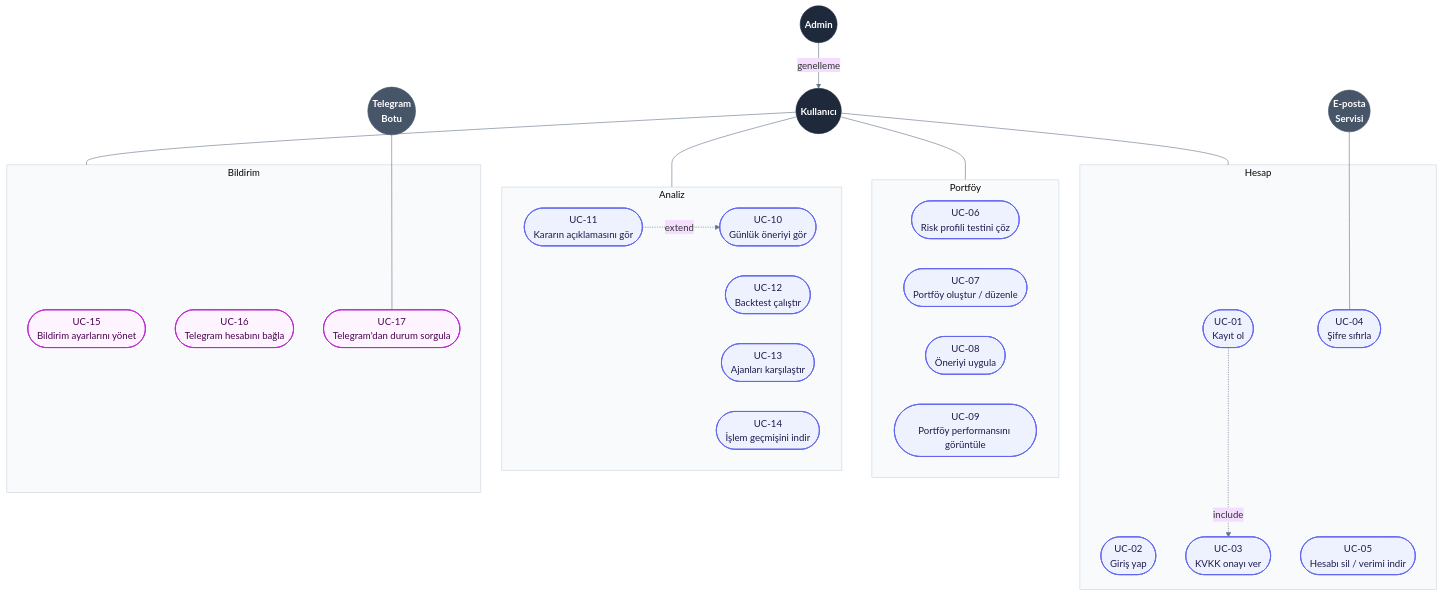
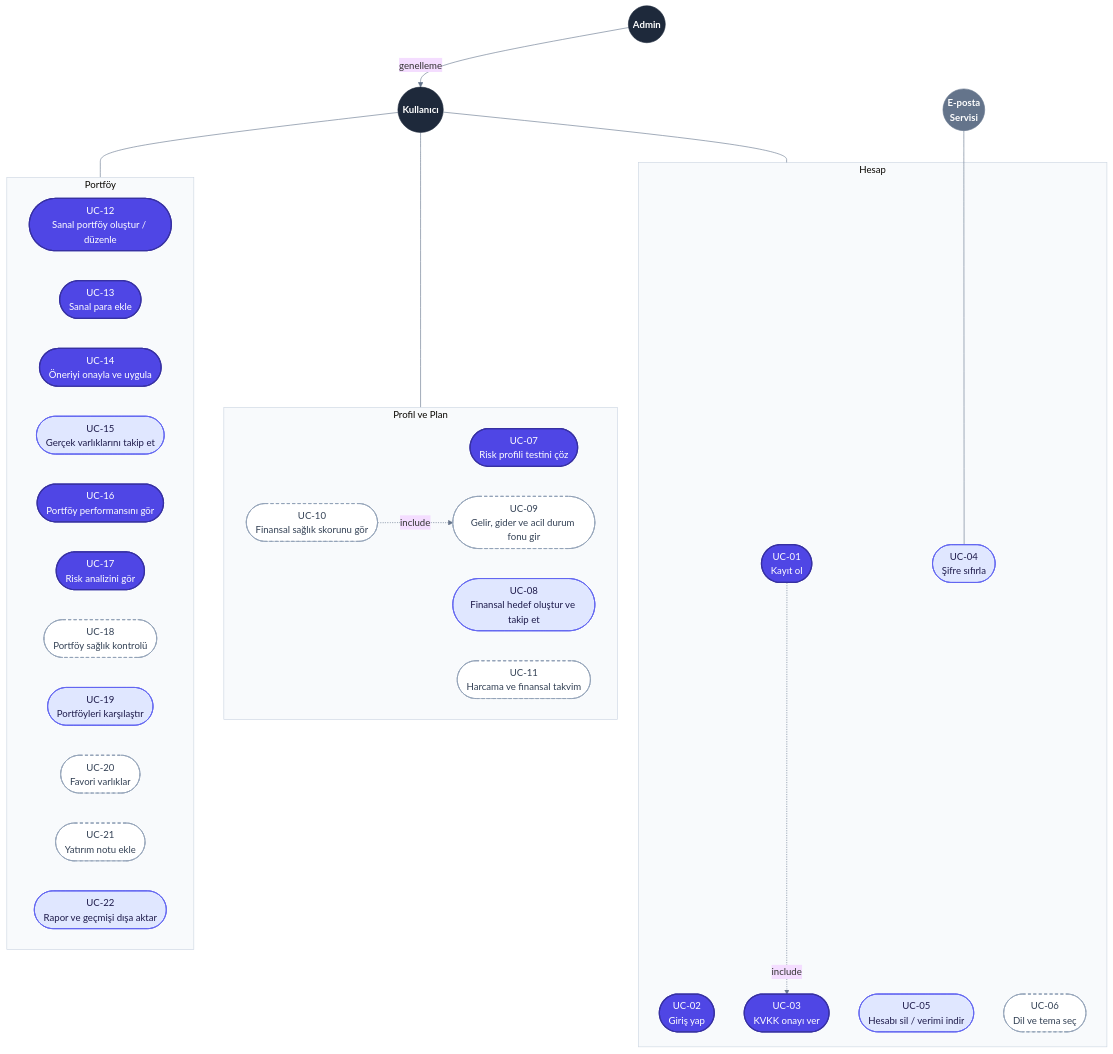
One commit to isambais/portfoyai changed the first of 3 diagrams in docs/diagrams/use_case.md. Above: the diagram before and after it, drawn with Mermaid. The commit also changed other lines of this file, not shown here.

````diff
--- a/docs/diagrams/use_case.md
+++ b/docs/diagrams/use_case.md
@@ -12,65 +18,63 @@
 ```mermaid
 %%{init: {'theme':'base', 'themeVariables': {'fontFamily':'Arial', 'lineColor':'#64748B', 'clusterBkg':'#F8FAFC', 'clusterBorder':'#CBD5E1'}}}%%
 flowchart TB
-    %% ================= AKTÖRLER (üst sıra) =================
+    %% ===== AKTÖRLER =====
+    U((Kullanıcı))
     A((Admin))
-    U((Kullanıcı))
-    T((Telegram<br/>Botu))
     E((E-posta<br/>Servisi))
 
-    %% ================= GRUPLAR =================
+    %% ===== GRUPLAR =====
     subgraph G1[" Hesap "]
         UC01([UC-01<br/>Kayıt ol])
         UC02([UC-02<br/>Giriş yap])
         UC03([UC-03<br/>KVKK onayı ver])
         UC04([UC-04<br/>Şifre sıfırla])
         UC05([UC-05<br/>Hesabı sil / verimi indir])
+        UC06([UC-06<br/>Dil ve tema seç])
     end
 
-    subgraph G2[" Portföy "]
-        UC06([UC-06<br/>Risk profili testini çöz])
-        UC07([UC-07<br/>Portföy oluştur / düzenle])
-        UC08([UC-08<br/>Öneriyi uygula])
-        UC09([UC-09<br/>Portföy performansını görüntüle])
+    subgraph G2[" Profil ve Plan "]
+        UC07([UC-07<br/>Risk profili testini çöz])
+        UC08([UC-08<br/>Finansal hedef oluştur ve takip et])
+        UC09([UC-09<br/>Gelir, gider ve acil durum fonu gir])
+        UC10([UC-10<br/>Finansal sağlık skorunu gör])
+        UC11([UC-11<br/>Harcama ve finansal takvim])
     end
 
-    subgraph G3[" Analiz "]
-        UC10([UC-10<br/>Günlük öneriyi gör])
-        UC11([UC-11<br/>Kararın açıklamasını gör])
-        UC12([UC-12<br/>Backtest çalıştır])
-        UC13([UC-13<br/>Ajanları karşılaştır])
-        UC14([UC-14<br/>İşlem geçmişini indir])
+    subgraph G3[" Portföy "]
+        UC12([UC-12<br/>Sanal portföy oluştur / düzenle])
+        UC13([UC-13<br/>Sanal para ekle])
+        UC14([UC-14<br/>Öneriyi onayla ve uygula])
+        UC15([UC-15<br/>Gerçek varlıklarını takip et])
+        UC16([UC-16<br/>Portföy performansını gör])
+        UC17([UC-17<br/>Risk analizini gör])
+        UC18([UC-18<br/>Portföy sağlık kontrolü])
+        UC19([UC-19<br/>Portföyleri karşılaştır])
+        UC20([UC-20<br/>Favori varlıklar])
+        UC21([UC-21<br/>Yatırım notu ekle])
+        UC22([UC-22<br/>Rapor ve geçmişi dışa aktar])
     end
 
-    subgraph G4[" Bildirim "]
-        UC15([UC-15<br/>Bildirim ayarlarını yönet])
-        UC16([UC-16<br/>Telegram hesabını bağla])
-        UC17([UC-17<br/>Telegram'dan durum sorgula])
-    end
-
-    %% ================= BAĞLANTILAR =================
+    %% ===== BAĞLANTILAR =====
     A -- genelleme --> U
-    %% görünmez bağlantı: dış sistemleri Kullanıcı ile aynı sıraya koyar
-    A ~~~ T
     A ~~~ E
     U --- G1
     U --- G2
     U --- G3
-    U --- G4
-    T --- UC17
     E --- UC04
+    UC01 -. include .-> UC03
+    UC10 -. include .-> UC09
 
-    UC01 -. include .-> UC03
-    UC11 -. extend .-> UC10
-
-    %% ================= STİL =================
+    %% ===== STİL (renk = öncelik) =====
     classDef actor fill:#1E293B,stroke:#1E293B,color:#FFFFFF,font-weight:bold
-    classDef ext fill:#475569,stroke:#475569,color:#FFFFFF,font-weight:bold
-    classDef uc fill:#EEF2FF,stroke:#6366F1,stroke-width:1.5px,color:#1E1B4B
-    classDef notif fill:#FDF4FF,stroke:#C026D3,stroke-width:1.5px,color:#4A044E
+    classDef ext fill:#64748B,stroke:#64748B,color:#FFFFFF,font-weight:bold
+    classDef must fill:#4F46E5,stroke:#3730A3,stroke-width:2px,color:#FFFFFF
+    classDef should fill:#E0E7FF,stroke:#6366F1,stroke-width:1.5px,color:#1E1B4B
+    classDef could fill:#FFFFFF,stroke:#94A3B8,stroke-width:1.5px,stroke-dasharray:5 4,color:#334155
 
     class U,A actor
-    class T,E ext
-    class UC01,UC02,UC03,UC04,UC05,UC06,UC07,UC08,UC09,UC10,UC11,UC12,UC13,UC14 uc
-    class UC15,UC16,UC17 notif
+    class E ext
+    class UC01,UC02,UC03,UC07,UC12,UC13,UC14,UC16,UC17 must
+    class UC04,UC05,UC08,UC15,UC19,UC22 should
+    class UC06,UC09,UC10,UC11,UC18,UC20,UC21 could
 ```
````
